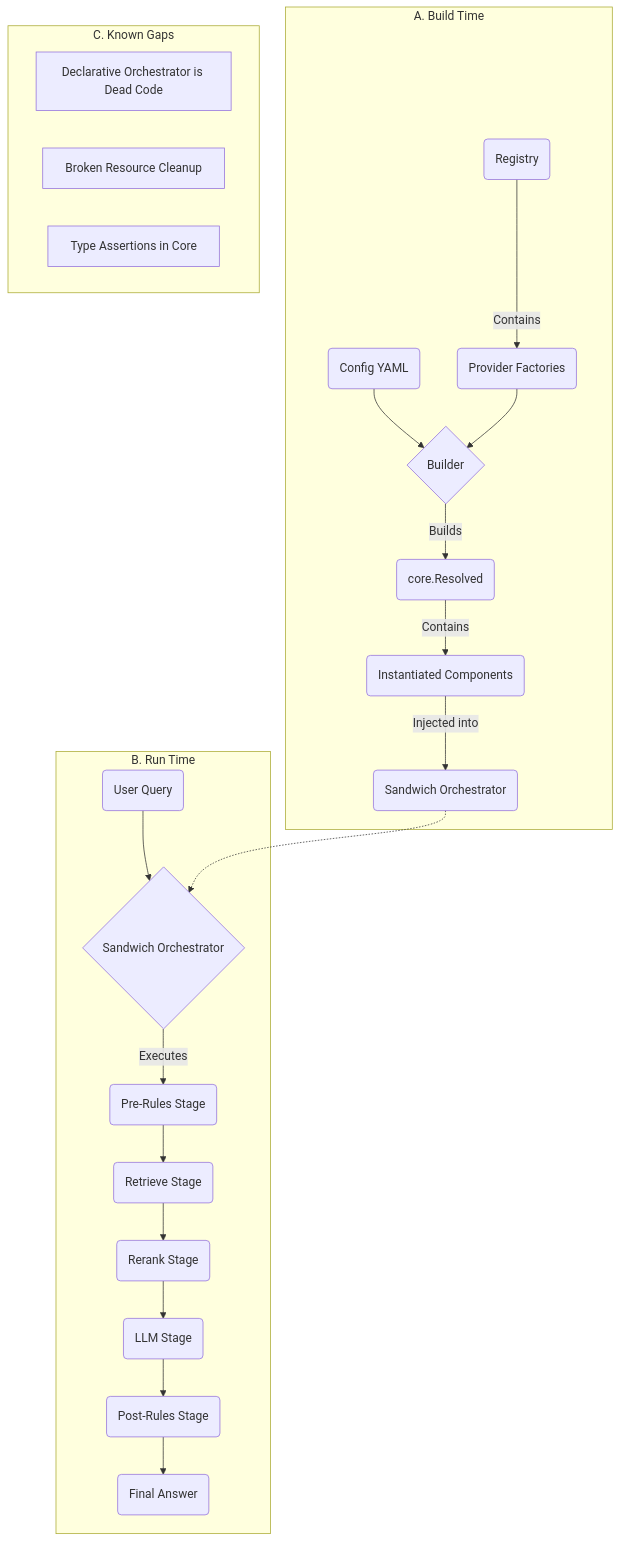
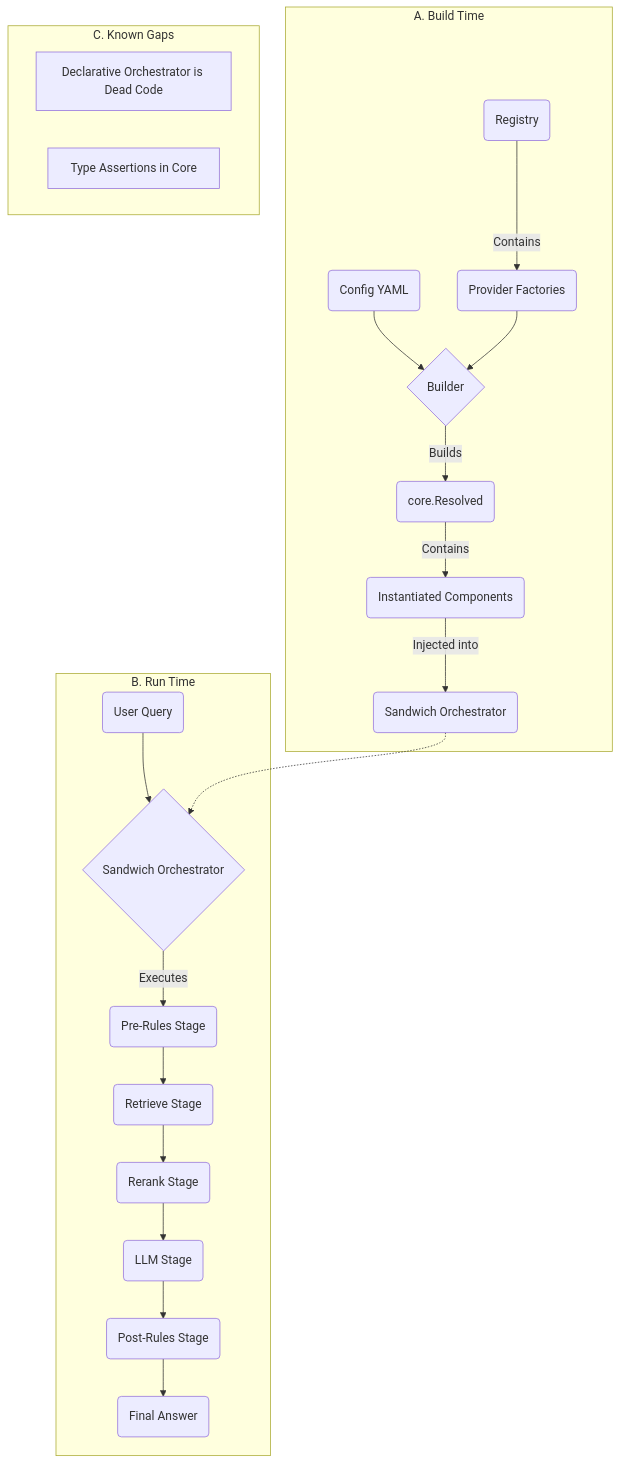
One commit to duynguyendang/manglekit changed the diagram in docs/CONTEXT.md. Above: the diagram before and after it, drawn with Mermaid. The commit also changed other lines of this file and 5 other files, not shown here.

First line of the commit message:
fix: Correct resource leak in orchestrator cleanup

````diff
--- a/docs/CONTEXT.md
+++ b/docs/CONTEXT.md
@@ -17,29 +17,28 @@
 ```mermaid
 graph TD
     subgraph "A. Build Time"
         A1(Config YAML) --> A2{Builder};
         A3(Registry) -- Contains --> A4(Provider Factories);
         A4 --> A2;
         A2 -- Builds --> A5(core.Resolved);
         A5 -- Contains --> A6(Instantiated Components);
         A6 -- Injected into --> A7(Sandwich Orchestrator);
     end
 
     subgraph "B. Run Time"
         B1(User Query) --> B2{Sandwich Orchestrator};
         B2 -- Executes --> B3(Pre-Rules Stage);
         B3 --> B4(Retrieve Stage);
         B4 --> B5(Rerank Stage);
         B5 --> B6(LLM Stage);
         B6 --> B7(Post-Rules Stage);
         B7 --> B8(Final Answer);
     end
 
     subgraph "C. Known Gaps"
        C1[Declarative Orchestrator is Dead Code]
-       C2[Broken Resource Cleanup]
-       C3[Type Assertions in Core]
+       C2[Type Assertions in Core]
     end
 
     A7 -.-> B2;
 ```
````
